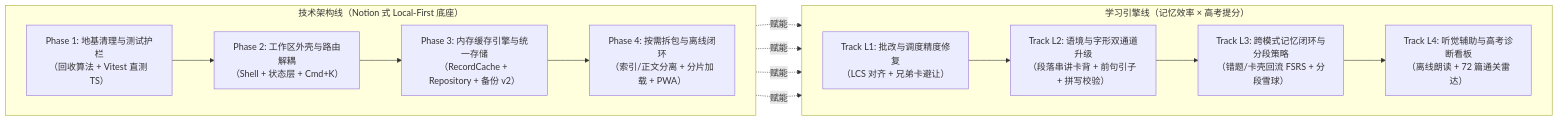
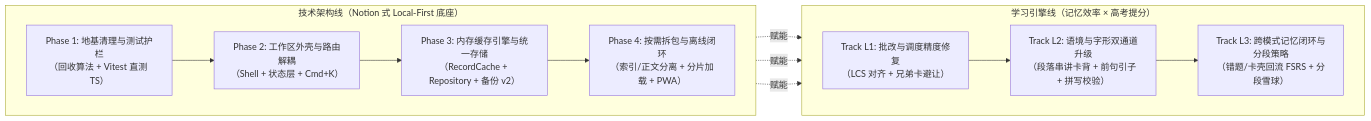
Before and after one commit to yulaoshizuikeai/wenyan-recitation-web: the diagram in docs/ARCHITECTURE_ROADMAP.md, drawn with Mermaid. The commit also changed other lines of this file and 2 other files, not shown here.

````diff
--- a/docs/ARCHITECTURE_ROADMAP.md
+++ b/docs/ARCHITECTURE_ROADMAP.md
@@ -56,25 +56,23 @@
 ```mermaid
 flowchart LR
   subgraph Tech["技术架构线（Notion 式 Local-First 底座）"]
     direction LR
     P1["Phase 1: 地基清理与测试护栏<br/>（回收算法 + Vitest 直测 TS）"]
     P2["Phase 2: 工作区外壳与路由解耦<br/>（Shell + 状态层 + Cmd+K）"]
     P3["Phase 3: 内存缓存引擎与统一存储<br/>（RecordCache + Repository + 备份 v2）"]
     P4["Phase 4: 按需拆包与离线闭环<br/>（索引/正文分离 + 分片加载 + PWA）"]
     P1 --> P2 --> P3 --> P4
   end
 
   subgraph Learn["学习引擎线（记忆效率 × 高考提分）"]
     direction LR
     L1["Track L1: 批改与调度精度修复<br/>（LCS 对齐 + 兄弟卡避让）"]
     L2["Track L2: 语境与字形双通道升级<br/>（段落串讲卡背 + 前句引子 + 拼写校验）"]
     L3["Track L3: 跨模式记忆闭环与分段策略<br/>（错题/卡壳回流 FSRS + 分段雪球）"]
-    L4["Track L4: 听觉辅助与高考诊断看板<br/>（离线朗读 + 72 篇通关雷达）"]
-    L1 --> L2 --> L3 --> L4
+    L1 --> L2 --> L3
   end
 
   P1 -.赋能.-> L1
   P2 -.赋能.-> L2
   P3 -.赋能.-> L3
-  P4 -.赋能.-> L4
 ```
````
